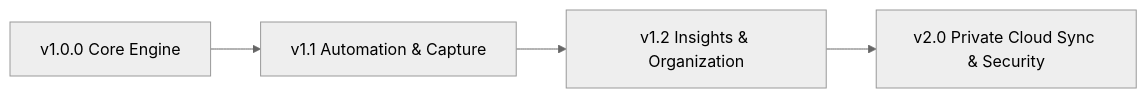
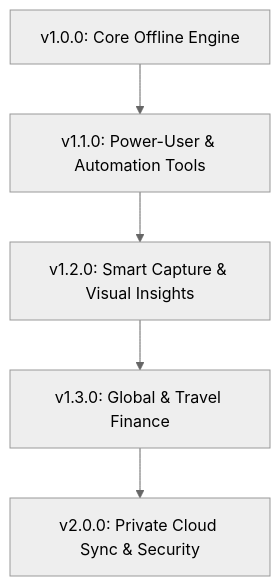
Before and after one commit to PrabinCode/lumina-expense: the diagram in ROADMAP.md, drawn with Mermaid (neutral theme). The commit also changed other lines of this file and 6 other files, not shown here.

Commit message:
chore: update app display title to 'Lumina Expense' and expand post-v1 roadmap

````diff
--- a/ROADMAP.md
+++ b/ROADMAP.md
@@ -9,6 +9,7 @@
 ```mermaid
-graph LR
-    V1[v1.0.0 Core Engine] --> V11[v1.1 Automation & Capture]
-    V11 --> V12[v1.2 Insights & Organization]
-    V12 --> V20[v2.0 Private Cloud Sync & Security]
+graph TD
+    V10[v1.0.0: Core Offline Engine] --> V11[v1.1.0: Power-User & Automation Tools]
+    V11 --> V12[v1.2.0: Smart Capture & Visual Insights]
+    V12 --> V13[v1.3.0: Global & Travel Finance]
+    V13 --> V20[v2.0.0: Private Cloud Sync & Security]
 ```
````
